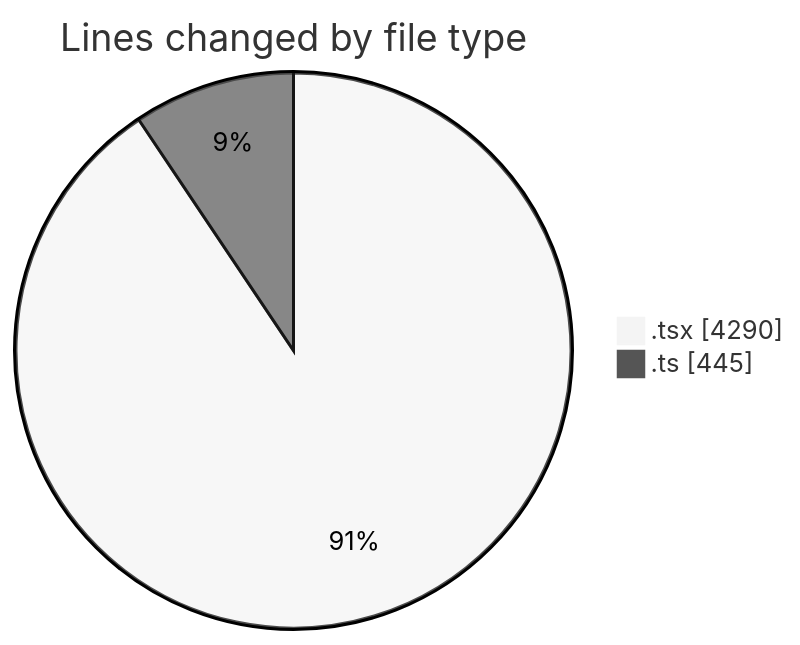
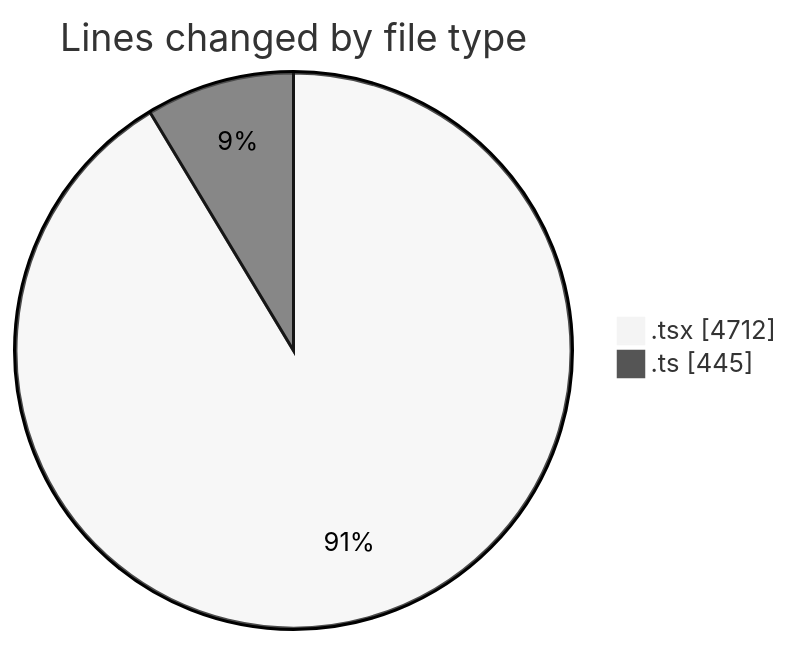
Before and after one commit to momahboobian/code-tracking: the first of 2 diagrams in 2025-09-24/cda/README.md, drawn with Mermaid (neutral theme). The commit also changed other lines of this file and 1 other file, not shown here.

````diff
--- a/2025-09-24/cda/README.md
+++ b/2025-09-24/cda/README.md
@@ -34,6 +34,6 @@
 ```mermaid
 pie showData
 title Lines changed by file type
-".tsx" : 4290
+".tsx" : 4712
 ".ts" : 445
 ```
````
